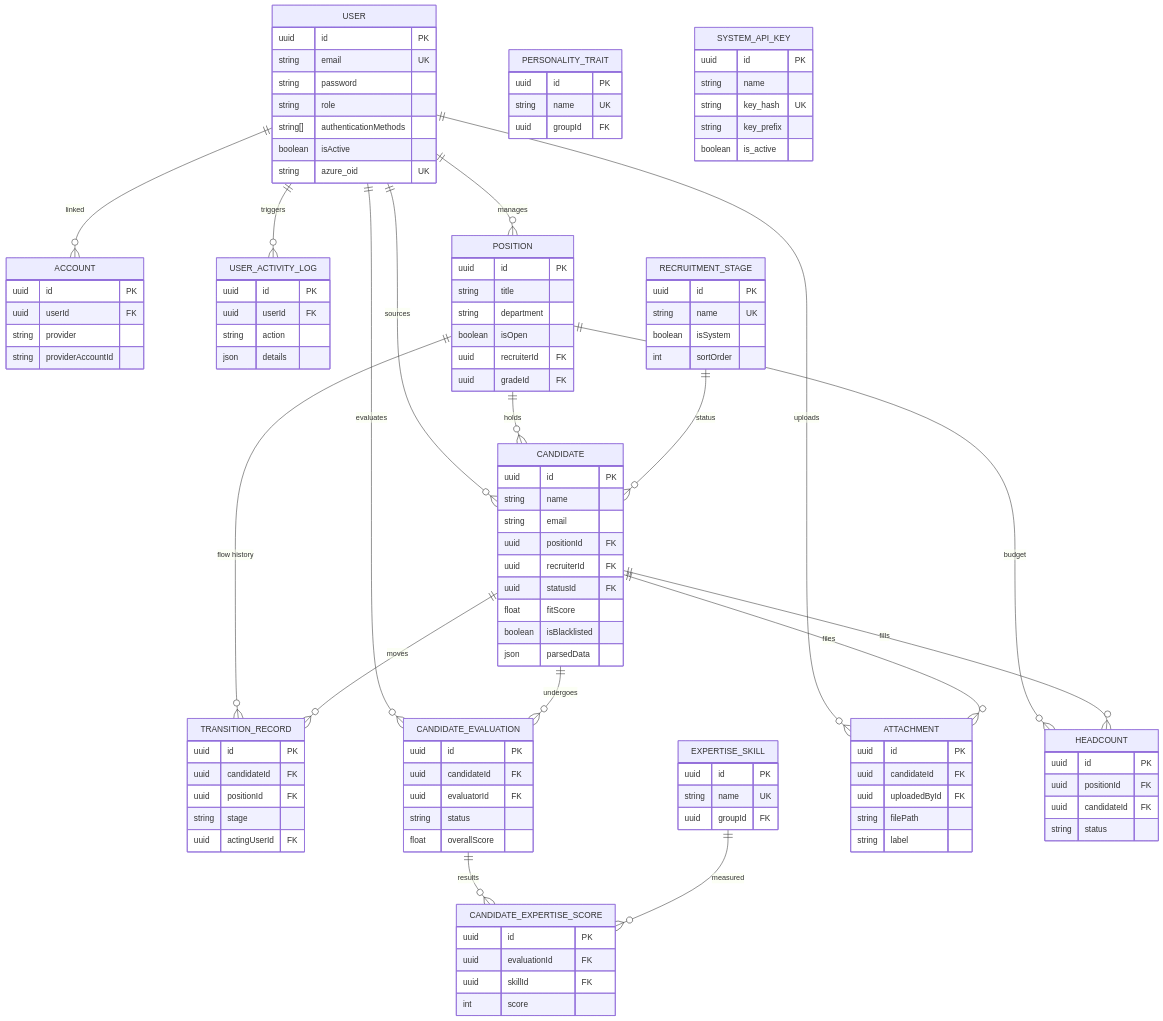
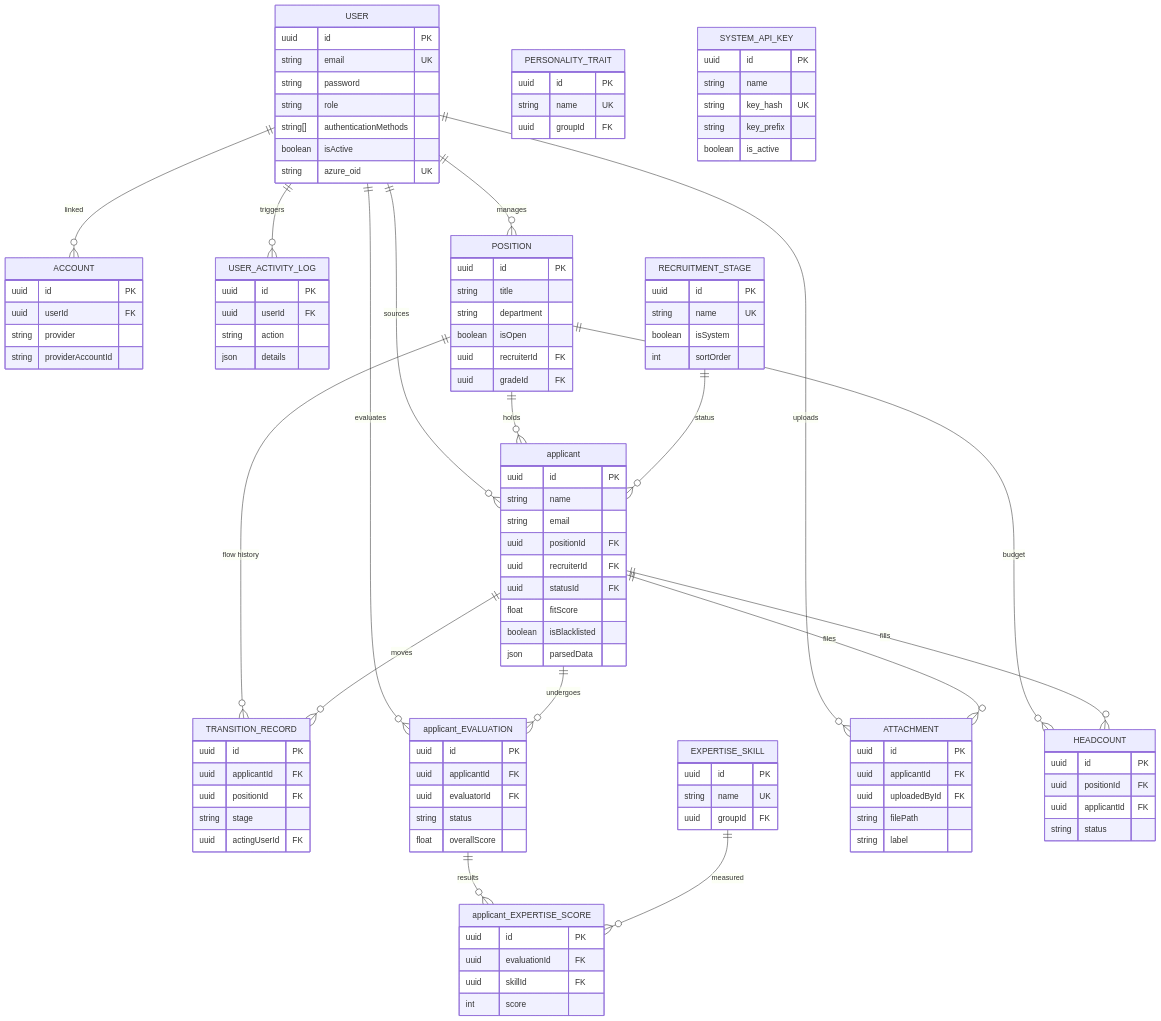
One commit to poojaroonwit/studio changed the diagram in docs/database/Entity Relationship Diagram.md. Above: the diagram before and after it, drawn with Mermaid. The commit also changed other lines of this file and 374 other files, not shown here.

Commit message:
Refactor: Rename candidate to applicant terminology and update related components

````diff
--- a/docs/database/Entity Relationship Diagram.md
+++ b/docs/database/Entity Relationship Diagram.md
@@ -48,7 +48,7 @@
         uuid gradeId FK
     }
 
-    CANDIDATE {
+    applicant {
         uuid id PK
         string name
         string email
@@ -69,16 +69,16 @@
 
     TRANSITION_RECORD {
         uuid id PK
-        uuid candidateId FK
+        uuid applicantId FK
         uuid positionId FK
         string stage
         uuid actingUserId FK
     }
 
     %% Evaluation Subsystem
-    CANDIDATE_EVALUATION {
+    applicant_EVALUATION {
         uuid id PK
-        uuid candidateId FK
+        uuid applicantId FK
         uuid evaluatorId FK
         string status
         float overallScore
@@ -96,7 +96,7 @@
         uuid groupId FK
     }
 
-    CANDIDATE_EXPERTISE_SCORE {
+    applicant_EXPERTISE_SCORE {
         uuid id PK
         uuid evaluationId FK
         uuid skillId FK
@@ -106,7 +106,7 @@
     %% Infrastructure & Utility
     ATTACHMENT {
         uuid id PK
-        uuid candidateId FK
+        uuid applicantId FK
         uuid uploadedById FK
         string filePath
         string label
@@ -115,7 +115,7 @@
     HEADCOUNT {
         uuid id PK
         uuid positionId FK
-        uuid candidateId FK
+        uuid applicantId FK
         string status
     }
 
@@ -131,21 +131,21 @@
     USER ||--o{ ACCOUNT : "linked"
     USER ||--o{ USER_ACTIVITY_LOG : "triggers"
     USER ||--o{ POSITION : "manages"
-    USER ||--o{ CANDIDATE : "sources"
-    USER ||--o{ CANDIDATE_EVALUATION : "evaluates"
+    USER ||--o{ applicant : "sources"
+    USER ||--o{ applicant_EVALUATION : "evaluates"
     USER ||--o{ ATTACHMENT : "uploads"
     
-    POSITION ||--o{ CANDIDATE : "holds"
+    POSITION ||--o{ applicant : "holds"
     POSITION ||--o{ HEADCOUNT : "budget"
     POSITION ||--o{ TRANSITION_RECORD : "flow history"
     
-    CANDIDATE ||--o{ ATTACHMENT : "files"
-    CANDIDATE ||--o{ TRANSITION_RECORD : "moves"
-    CANDIDATE ||--o{ CANDIDATE_EVALUATION : "undergoes"
-    CANDIDATE ||--o{ HEADCOUNT : "fills"
+    applicant ||--o{ ATTACHMENT : "files"
+    applicant ||--o{ TRANSITION_RECORD : "moves"
+    applicant ||--o{ applicant_EVALUATION : "undergoes"
+    applicant ||--o{ HEADCOUNT : "fills"
     
-    RECRUITMENT_STAGE ||--o{ CANDIDATE : "status"
+    RECRUITMENT_STAGE ||--o{ applicant : "status"
     
-    CANDIDATE_EVALUATION ||--o{ CANDIDATE_EXPERTISE_SCORE : "results"
-    EXPERTISE_SKILL ||--o{ CANDIDATE_EXPERTISE_SCORE : "measured"
+    applicant_EVALUATION ||--o{ applicant_EXPERTISE_SCORE : "results"
+    EXPERTISE_SKILL ||--o{ applicant_EXPERTISE_SCORE : "measured"
 ```
````
